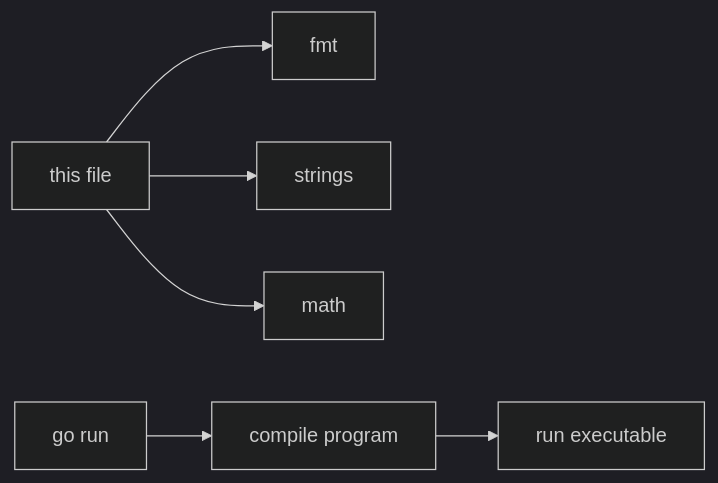
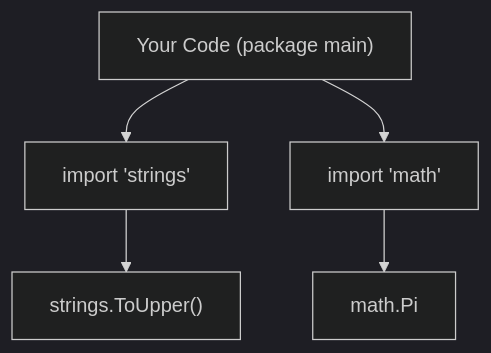
One commit to rasel9t6/the-go-engineer changed the diagram in 01-getting-started/3-how-go-works/README.md. Above: the diagram before and after it, drawn with Mermaid (dark theme). The commit also changed other lines of this file and 15 other files, not shown here.

````diff
--- a/01-getting-started/3-how-go-works/README.md
+++ b/01-getting-started/3-how-go-works/README.md
@@ -23,8 +22,7 @@
 ```mermaid
-graph LR
-    A["this file"] --> B["fmt"]
-    A --> C["strings"]
-    A --> D["math"]
-    E["go run"] --> F["compile program"]
-    F --> G["run executable"]
+graph TD
+    A["Your Code (package main)"] --> B["import 'strings'"]
+    A --> C["import 'math'"]
+    B --> D["strings.ToUpper()"]
+    C --> E["math.Pi"]
 ```
````
